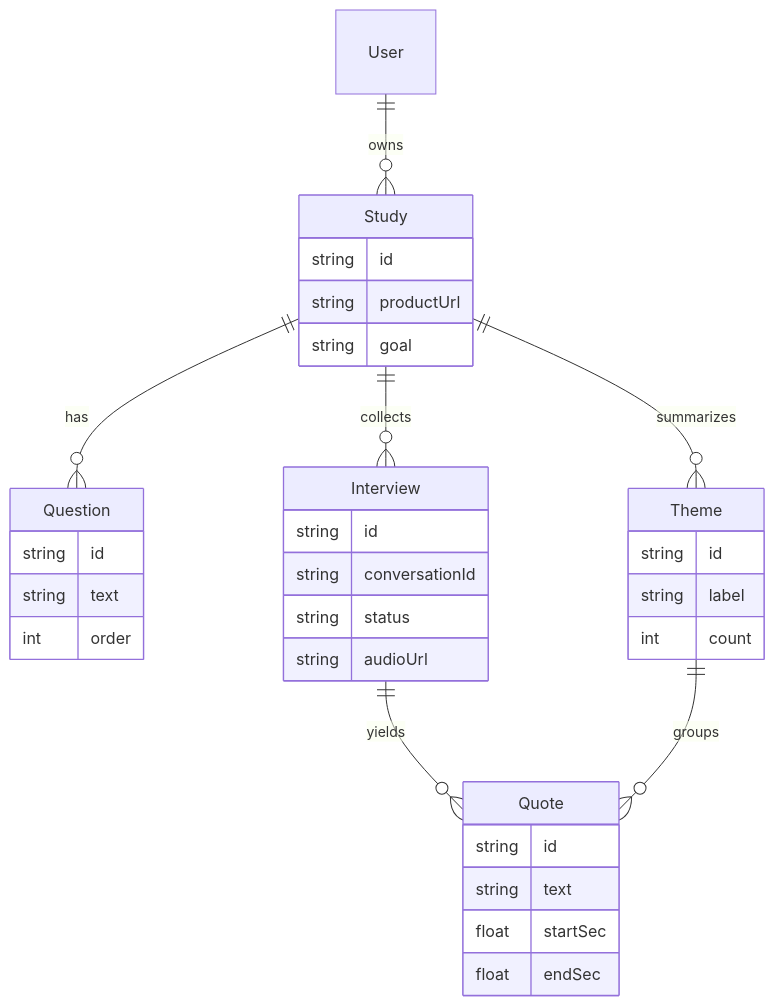
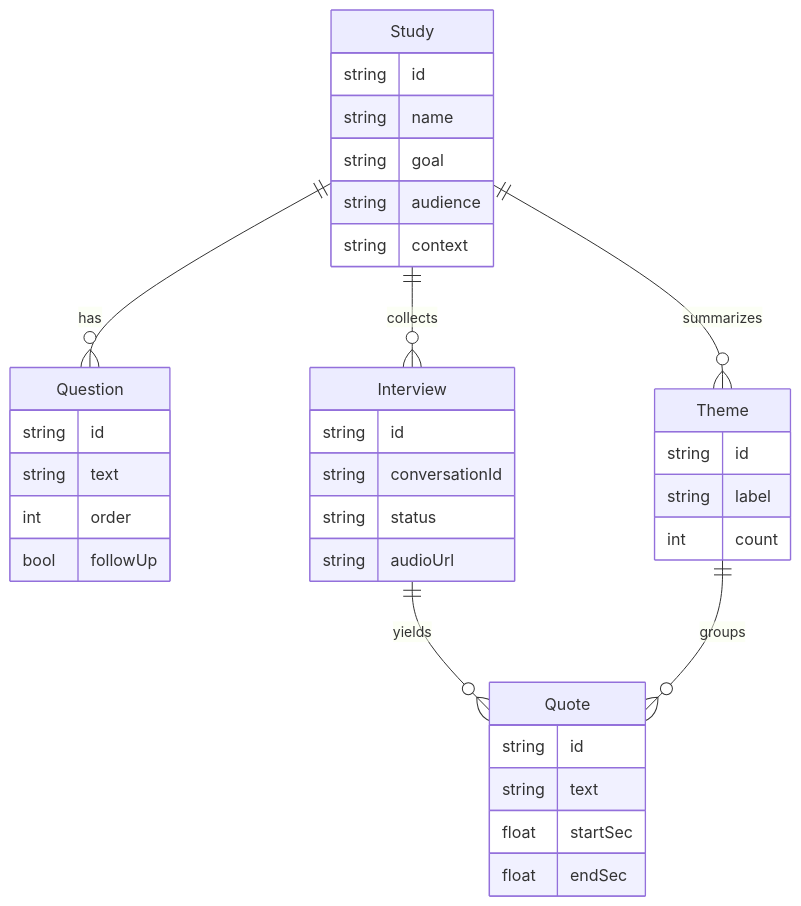
One commit to rickytang666/mira changed the third of 3 diagrams in docs/TECH.md. Above: the diagram before and after it, drawn with Mermaid. The commit also changed other lines of this file, not shown here.

````diff
--- a/docs/TECH.md
+++ b/docs/TECH.md
@@ -57,15 +64,14 @@
 ```mermaid
 erDiagram
-  User ||--o{ Study : owns
   Study ||--o{ Question : has
   Study ||--o{ Interview : collects
   Interview ||--o{ Quote : yields
   Study ||--o{ Theme : summarizes
   Theme ||--o{ Quote : groups
 
-  Study { string id string productUrl string goal }
-  Question { string id string text int order }
+  Study { string id string name string goal string audience string context }
+  Question { string id string text int order bool followUp }
   Interview { string id string conversationId string status string audioUrl }
   Theme { string id string label int count }
   Quote { string id string text float startSec float endSec }
 ```
````
